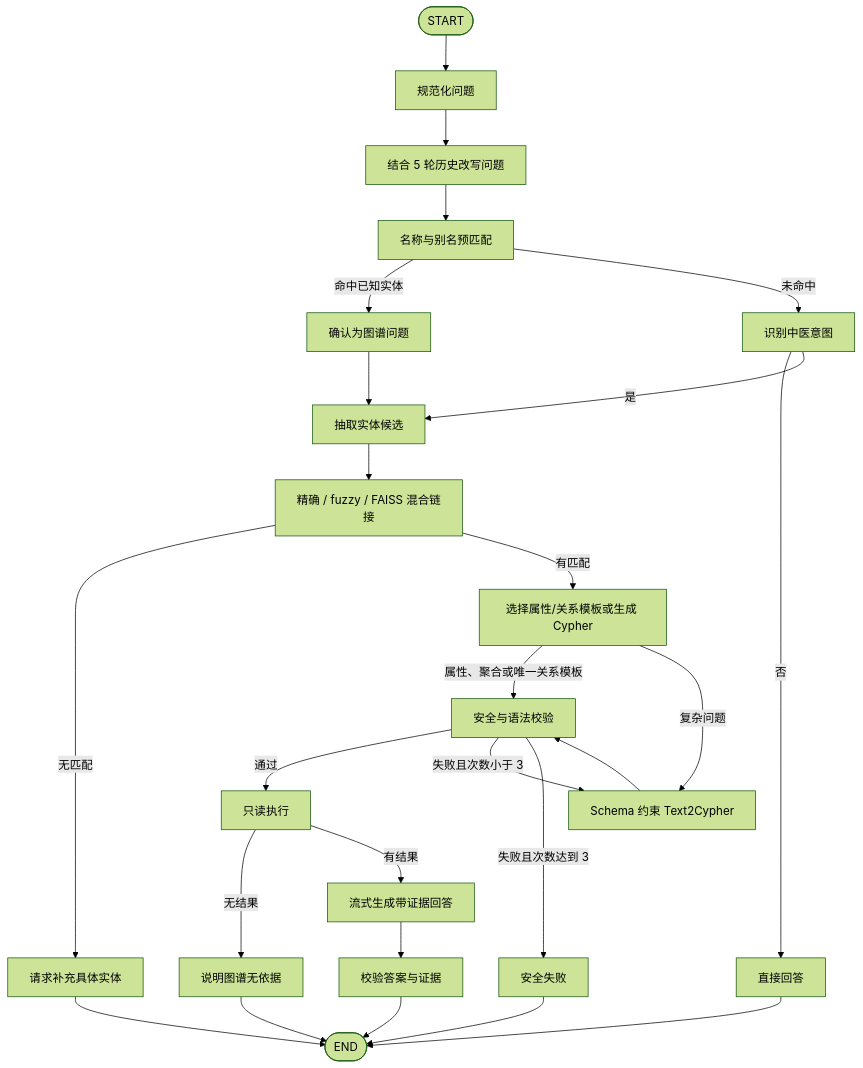
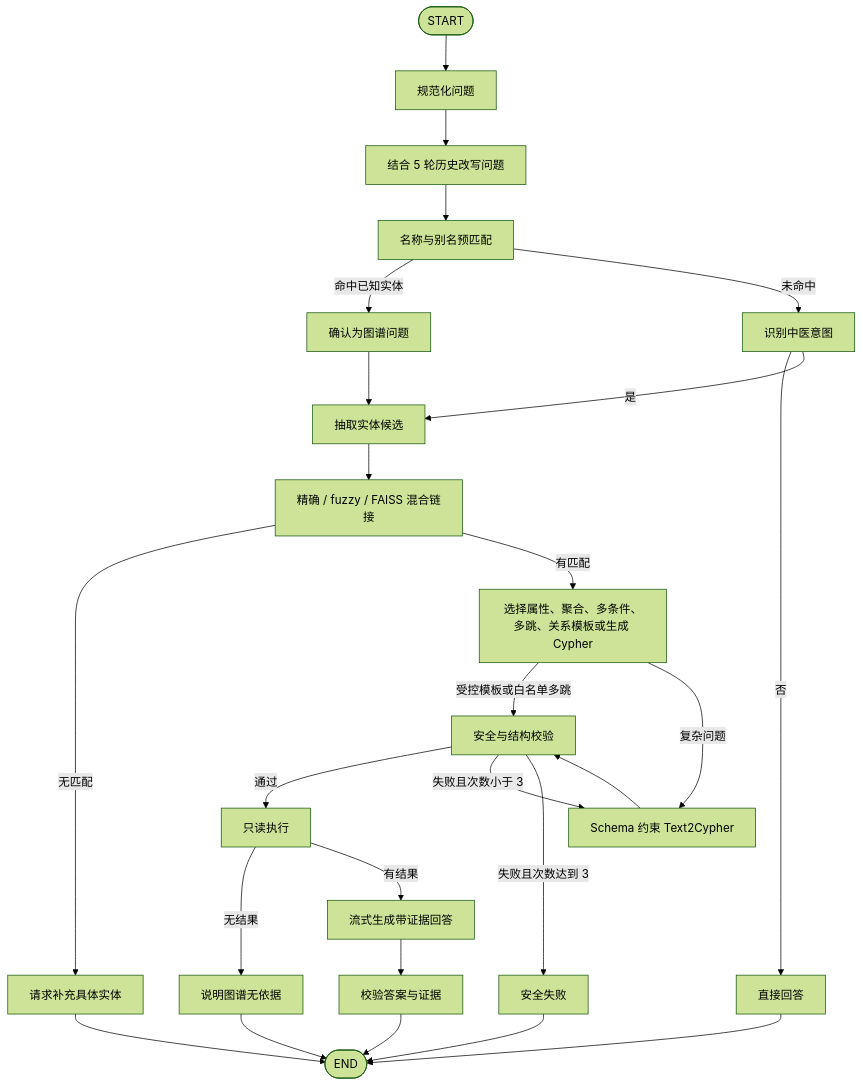
One commit to zhongzubin/Chinese_medicine_knowledgegraph changed the second of 3 diagrams in docs/graph_qa/architecture.md. Above: the diagram before and after it, drawn with Mermaid (forest theme). The commit also changed other lines of this file and 8 other files, not shown here.

Commit message:
docs(graph_qa): align roadmap with query and agent status

````diff
--- a/docs/graph_qa/architecture.md
+++ b/docs/graph_qa/architecture.md
@@ -110,28 +132,28 @@
 ```mermaid
 flowchart TD
     Start([START]) --> Normalize[规范化问题]
     Normalize --> Rewrite[结合 5 轮历史改写问题]
     Rewrite --> Prelink[名称与别名预匹配]
     Prelink -->|命中已知实体| KnownIntent[确认为图谱问题]
     Prelink -->|未命中| Intent[识别中医意图]
     KnownIntent --> Extract[抽取实体候选]
     Intent -->|否| Direct[直接回答]
     Intent -->|是| Extract[抽取实体候选]
     Extract --> Link[精确 / fuzzy / FAISS 混合链接]
     Link -->|无匹配| Clarify[请求补充具体实体]
-    Link -->|有匹配| Plan[选择属性/关系模板或生成 Cypher]
-    Plan -->|属性、聚合或唯一关系模板| Validate[安全与语法校验]
+    Link -->|有匹配| Plan[选择属性、聚合、多条件、多跳、关系模板或生成 Cypher]
+    Plan -->|受控模板或白名单多跳| Validate[安全与结构校验]
     Plan -->|复杂问题| Text2Cypher[Schema 约束 Text2Cypher]
     Text2Cypher --> Validate
     Validate -->|通过| Execute[只读执行]
     Validate -->|失败且次数小于 3| Text2Cypher
     Validate -->|失败且次数达到 3| SafeFail[安全失败]
     Execute -->|无结果| NoEvidence[说明图谱无依据]
     Execute -->|有结果| Answer[流式生成带证据回答]
     Answer --> Verify[校验答案与证据]
     Direct --> End([END])
     Clarify --> End
     SafeFail --> End
     NoEvidence --> End
     Verify --> End
 ```
````
